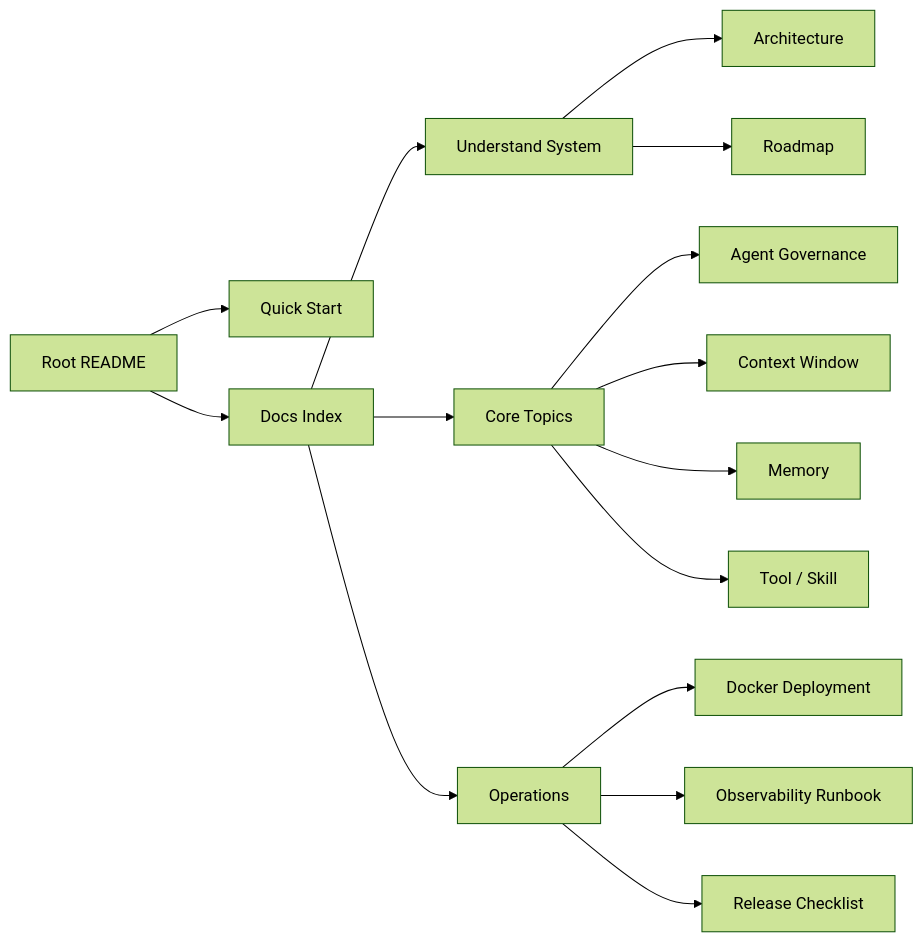
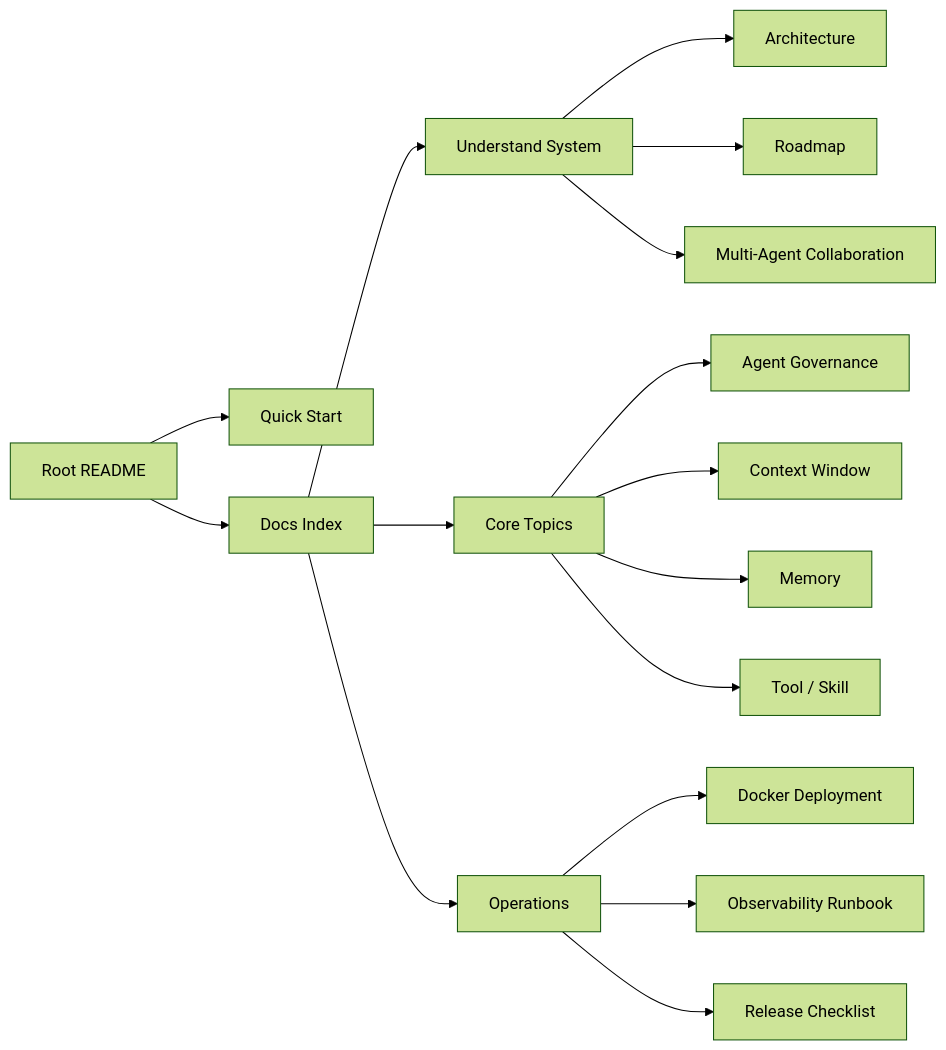
One commit to William-zgx/focus-agent changed the diagram in docs/README.md. Above: the diagram before and after it, drawn with Mermaid (forest theme). The commit also changed other lines of this file and 24 other files, not shown here.

````diff
--- a/docs/README.md
+++ b/docs/README.md
@@ -7,17 +7,18 @@
 ```mermaid
 flowchart LR
     README["Root README"] --> Quick["Quick Start"]
     README --> Docs["Docs Index"]
     Docs --> Understand["Understand System"]
     Docs --> Topics["Core Topics"]
     Docs --> Ops["Operations"]
     Understand --> Architecture["Architecture"]
     Understand --> Roadmap["Roadmap"]
+    Understand --> MultiAgent["Multi-Agent Collaboration"]
     Topics --> Governance["Agent Governance"]
     Topics --> ContextWindow["Context Window"]
     Topics --> Memory["Memory"]
     Topics --> Tools["Tool / Skill"]
     Ops --> Docker["Docker Deployment"]
     Ops --> Observability["Observability Runbook"]
     Ops --> Release["Release Checklist"]
 ```
````
